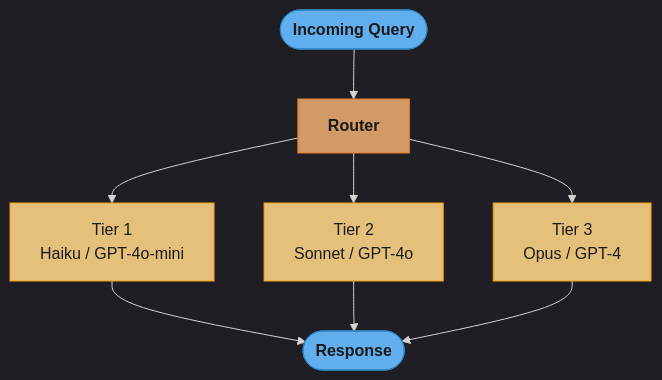
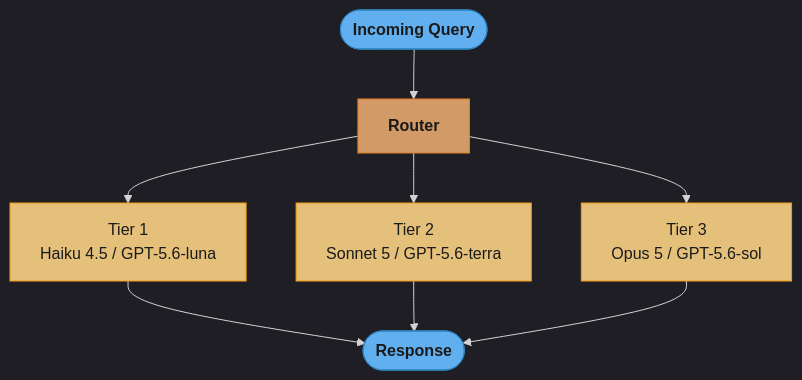
Before and after one commit to rppol/system-design: the first of 6 diagrams in src/main/java/com/rutik/systemdesign/llm/llm_routing_and_model_selection/README.md, drawn with Mermaid. The commit also changed other lines of this file and 113 other files, not shown here.

````diff
--- a/src/main/java/com/rutik/systemdesign/llm/llm_routing_and_model_selection/README.md
+++ b/src/main/java/com/rutik/systemdesign/llm/llm_routing_and_model_selection/README.md
@@ -118,21 +118,21 @@
 ```mermaid
 %%{init: {'flowchart': {'curve': 'basis'}, 'theme': 'dark'}}%%
 flowchart TD
     classDef io      fill:#61afef,stroke:#2e86c1,color:#1a1a1a,font-weight:bold
     classDef frozen  fill:#c678dd,stroke:#9b59b6,color:#fff
     classDef train   fill:#98c379,stroke:#27ae60,color:#1a1a1a
     classDef mathOp  fill:#d19a66,stroke:#e67e22,color:#1a1a1a,font-weight:bold
     classDef lossN   fill:#e06c75,stroke:#c0392b,color:#fff,font-weight:bold
     classDef req     fill:#56b6c2,stroke:#0097a7,color:#1a1a1a
     classDef base    fill:#e5c07b,stroke:#f39c12,color:#1a1a1a
 
     Q([Incoming Query]) --> Router["Router"]
-    Router --> T1["Tier 1\nHaiku / GPT-4o-mini"]
-    Router --> T2["Tier 2\nSonnet / GPT-4o"]
-    Router --> T3["Tier 3\nOpus / GPT-4"]
+    Router --> T1["Tier 1\nHaiku 4.5 / GPT-5.6-luna"]
+    Router --> T2["Tier 2\nSonnet 5 / GPT-5.6-terra"]
+    Router --> T3["Tier 3\nOpus 5 / GPT-5.6-sol"]
     T1 & T2 & T3 --> Response([Response])
 
     class Q,Response io
     class Router mathOp
     class T1,T2,T3 base
 ```
````
